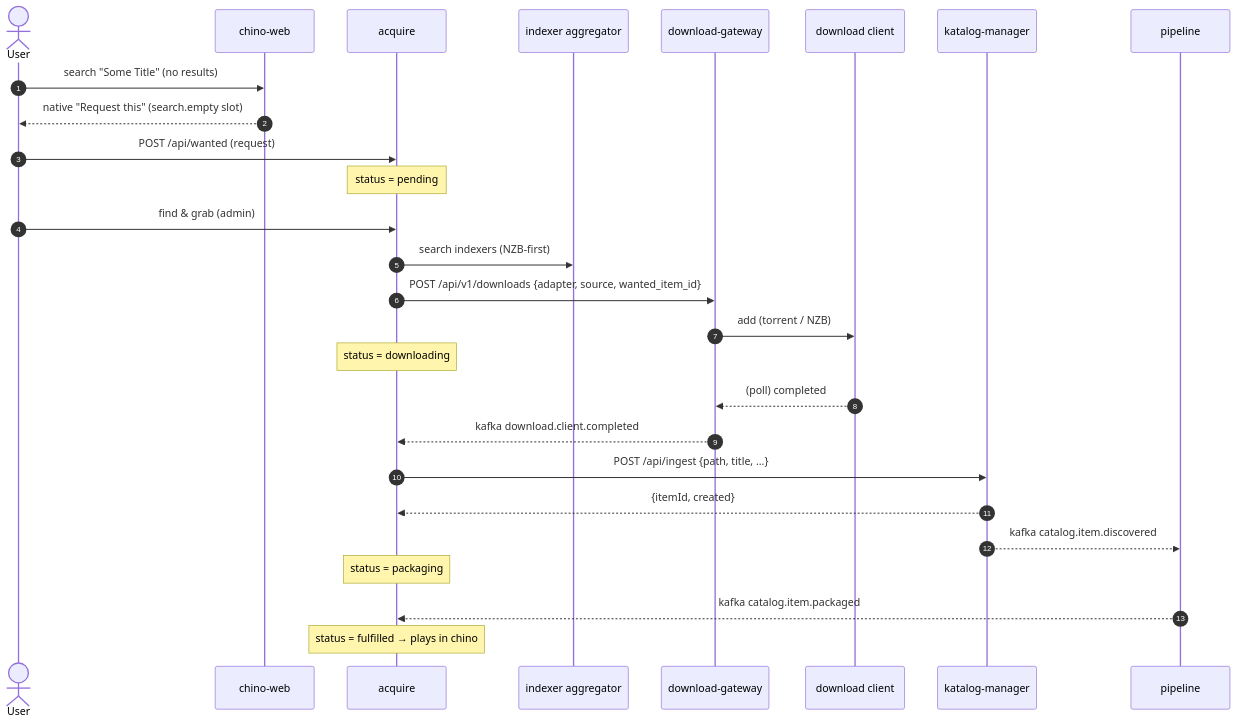
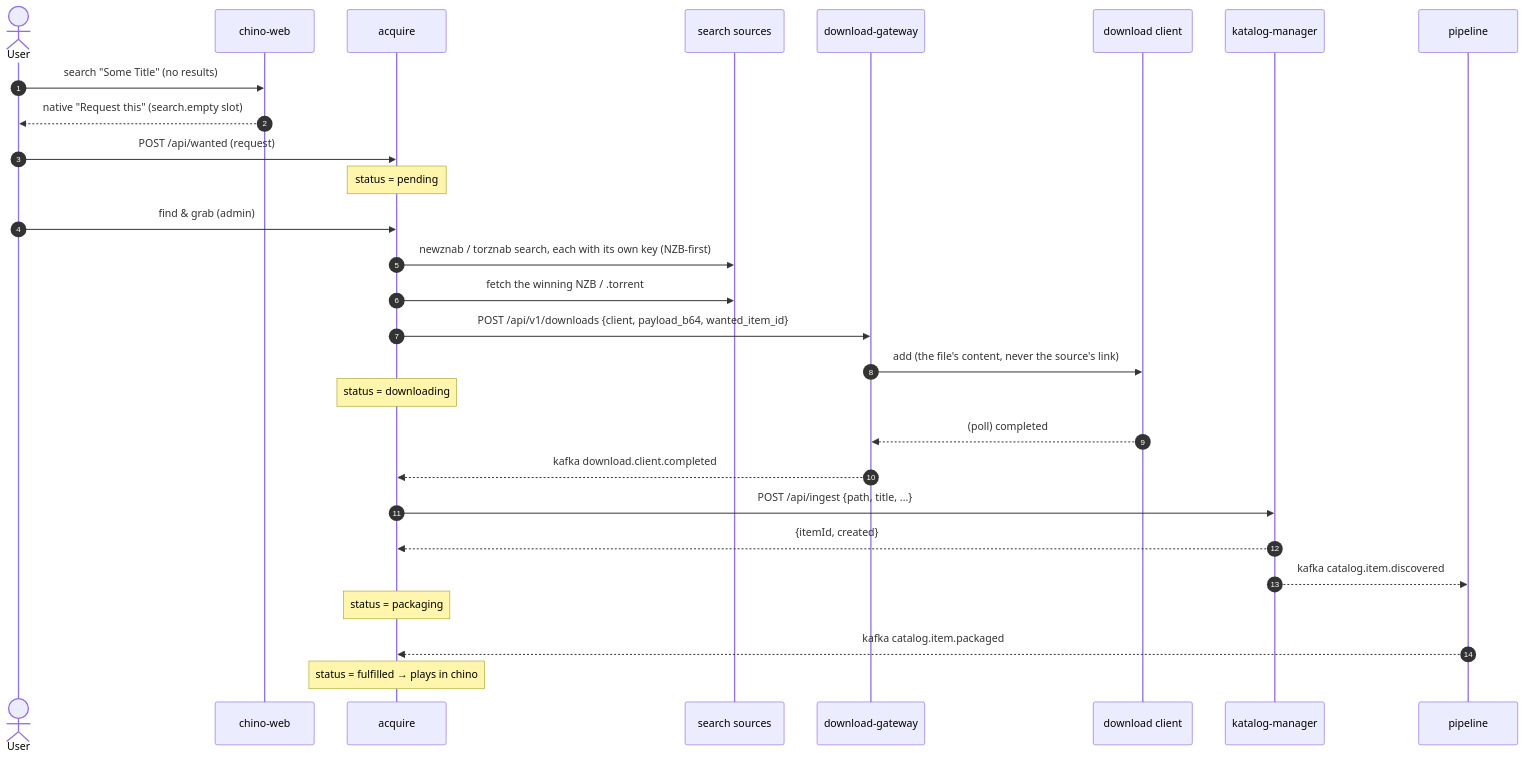
Before and after one commit to laedeli/acquire: the first of 2 diagrams in docs/architecture.md, drawn with Mermaid. The commit also changed other lines of this file and 7 other files, not shown here.

````diff
--- a/docs/architecture.md
+++ b/docs/architecture.md
@@ -77,30 +78,31 @@
 ```mermaid
 sequenceDiagram
     autonumber
     actor U as User
     participant W as chino-web
     participant A as acquire
-    participant PR as indexer aggregator
+    participant SS as search sources
     participant G as download-gateway
     participant DC as download client
     participant KM as katalog-manager
     participant PL as pipeline
 
     U->>W: search "Some Title" (no results)
     W-->>U: native "Request this" (search.empty slot)
     U->>A: POST /api/wanted  (request)
     Note over A: status = pending
     U->>A: find & grab (admin)
-    A->>PR: search indexers (NZB-first)
-    A->>G: POST /api/v1/downloads {adapter, source, wanted_item_id}
-    G->>DC: add (torrent / NZB)
+    A->>SS: newznab / torznab search, each with its own key (NZB-first)
+    A->>SS: fetch the winning NZB / .torrent
+    A->>G: POST /api/v1/downloads {client, payload_b64, wanted_item_id}
+    G->>DC: add (the file's content, never the source's link)
     Note over A: status = downloading
     DC-->>G: (poll) completed
     G-->>A: kafka download.client.completed
     A->>KM: POST /api/ingest {path, title, ...}
     KM-->>A: {itemId, created}
     KM-->>PL: kafka catalog.item.discovered
     Note over A: status = packaging
     PL-->>A: kafka catalog.item.packaged
     Note over A: status = fulfilled → plays in chino
 ```
````
